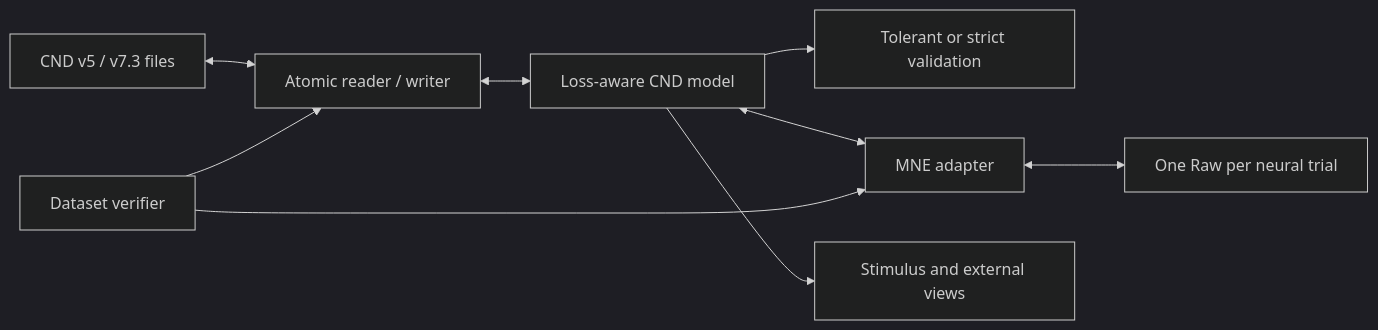
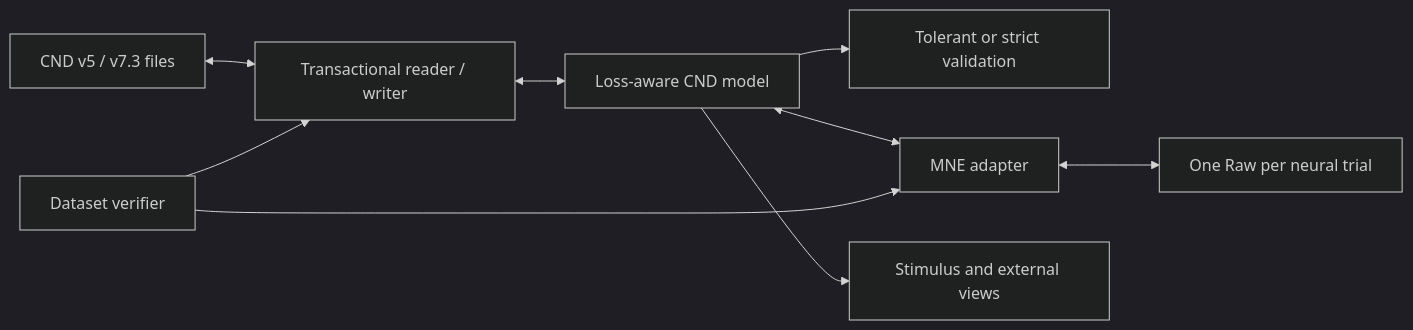
One commit to finnjclancy/cnd-mne-converter changed the diagram in docs/research-milestone-report.md. Above: the diagram before and after it, drawn with Mermaid (dark theme). The commit also changed other lines of this file and 20 other files, not shown here.

````diff
--- a/docs/research-milestone-report.md
+++ b/docs/research-milestone-report.md
@@ -14,11 +14,11 @@
 ```mermaid
 flowchart LR
-    MAT["CND v5 / v7.3 files"] <--> IO["Atomic reader / writer"]
+    MAT["CND v5 / v7.3 files"] <--> IO["Transactional reader / writer"]
     IO <--> MODEL["Loss-aware CND model"]
     MODEL --> VALIDATE["Tolerant or strict validation"]
     MODEL <--> ADAPTER["MNE adapter"]
     ADAPTER <--> RAW["One Raw per neural trial"]
     MODEL --> STIM["Stimulus and external views"]
     VERIFY["Dataset verifier"] --> IO
     VERIFY --> ADAPTER
 ```
````
